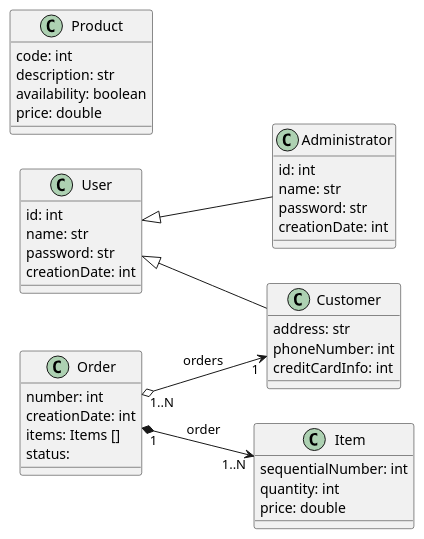
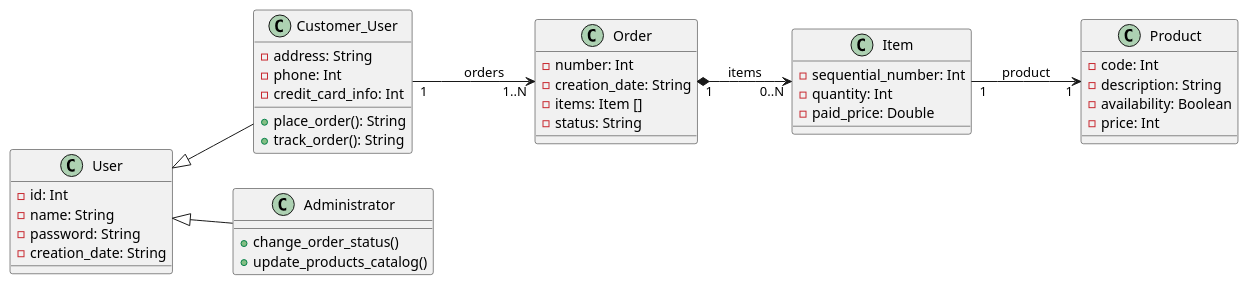
One commit to Kylertk21/SolSystems changed the diagram in uml/class.wsd. Above: the diagram before and after it, drawn with PlantUML. The commit also changed 1 other file, not shown here.

```diff
--- a/uml/class.wsd
+++ b/uml/class.wsd
@@ -1,51 +1,51 @@
 @startuml design
+
 left to right direction
 
-class User {
-    id: int
-    name: str
-    password: str
-    creationDate: int
+class User{
+    -id: Int
+    -name: String
+    -password: String
+    -creation_date: String
 }
 
-class Customer {
-    address: str
-    phoneNumber: int
-    creditCardInfo: int
+class Customer_User{
+    -address: String
+    -phone: Int
+    -credit_card_info: Int
+    +place_order(): String
+    +track_order(): String
 }
 
-class Administrator {
-    id: int
-    name: str
-    password: str
-    creationDate: int
+class Product{
+    -code: Int
+    -description: String
+    -availability: Boolean
+    -price: Int
 }
 
-class Product {
-    code: int
-    description: str
-    availability: boolean
-    price: double
+class Order{
+    -number: Int
+    -creation_date: String
+    -items: Item []
+    -status: String
 }
 
-class Order {
-    number: int
-    creationDate: int
-    items: Items []
-    status:
+class Item{
+    -sequential_number: Int
+    -quantity: Int
+    -paid_price: Double 
 }
 
-class Item {
-    sequentialNumber: int
-    quantity: int
-    price: double
+class Administrator{
+    +change_order_status()
+    +update_products_catalog()
 }
 
-User <|-- Customer
-User <|-- Administrator
-
-Order "1" *--> "1..N" Item: order
-
-Order "1..N" o--> "1" Customer: orders
+User <|-- Customer_User
+User <|-- Administrator 
+Customer_User "1" --> "1..N" Order : orders
+Item "1" --> "1" Product : product
+Order "1" *--> "0..N" Item : items 
 
 @enduml
```
